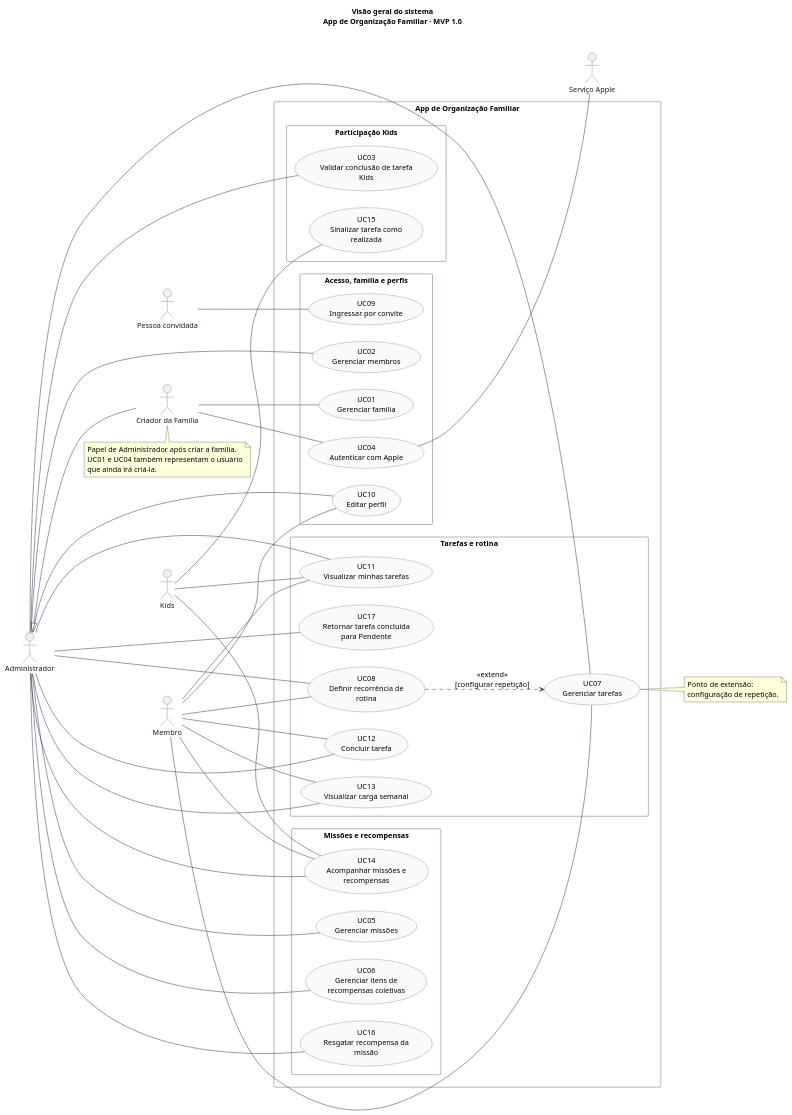
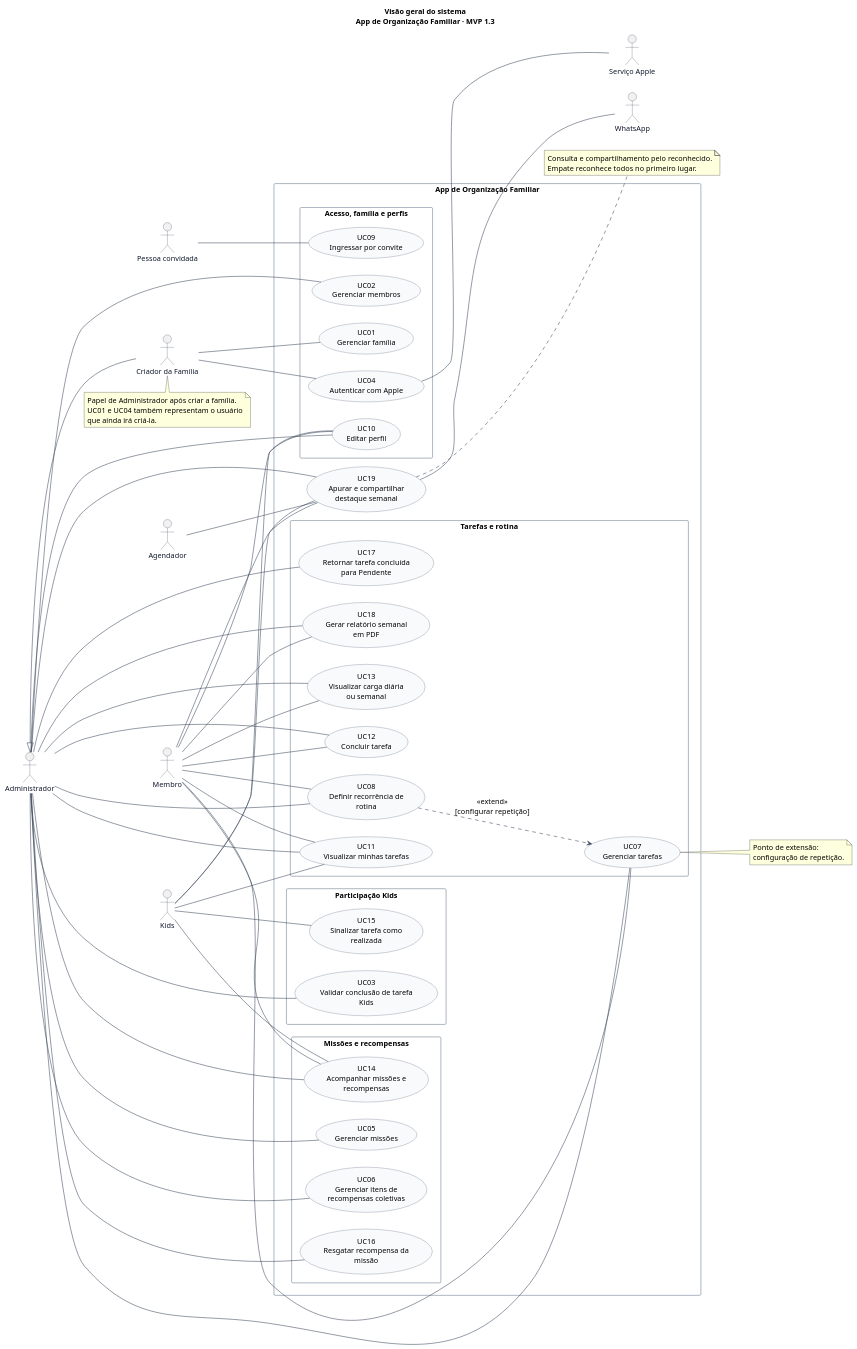
Before and after one commit to lizandramalta/App-Rotina-Familiar: the diagram in docs/diagramas/casos-de-uso/01-visao-geral.puml, drawn with PlantUML. The commit also changed 21 other files, not shown here.

```diff
--- a/docs/diagramas/casos-de-uso/01-visao-geral.puml
+++ b/docs/diagramas/casos-de-uso/01-visao-geral.puml
@@ -1,93 +1,110 @@
 @startuml
 ' Fonte editável. Renderização: java -jar plantuml.jar -charset UTF-8 -tsvg *.puml
 left to right direction
 skinparam shadowing false
 skinparam backgroundColor white
 skinparam defaultFontName SansSerif
 skinparam defaultFontSize 14
 skinparam ArrowColor #334155
 skinparam actorBorderColor #334155
 skinparam actorFontColor #0F172A
 skinparam usecaseBackgroundColor #F8FAFC
 skinparam usecaseBorderColor #475569
 skinparam rectangleBorderColor #64748B
 skinparam packageStyle rectangle
 skinparam nodesep 32
 skinparam ranksep 55
-title Visão geral do sistema\nApp de Organização Familiar · MVP 1.0
+title Visão geral do sistema\nApp de Organização Familiar · MVP 1.3
 
 actor "Administrador" as Admin
 actor "Membro" as Membro
 actor "Kids" as Kids
 actor "Criador da Família" as Criador
 actor "Pessoa convidada" as Convidado
 actor "Serviço Apple" as Apple
+actor "Agendador" as Agendador
+actor "WhatsApp" as WhatsApp
 
 rectangle "App de Organização Familiar" {
   package "Acesso, família e perfis" {
   usecase "UC01\nGerenciar família" as UC01
   usecase "UC02\nGerenciar membros" as UC02
   usecase "UC04\nAutenticar com Apple" as UC04
   usecase "UC09\nIngressar por convite" as UC09
   usecase "UC10\nEditar perfil" as UC10
   }
   package "Tarefas e rotina" {
   usecase "UC07\nGerenciar tarefas" as UC07
   usecase "UC08\nDefinir recorrência de\nrotina" as UC08
   usecase "UC11\nVisualizar minhas tarefas" as UC11
   usecase "UC12\nConcluir tarefa" as UC12
-  usecase "UC13\nVisualizar carga semanal" as UC13
+  usecase "UC13\nVisualizar carga diária\nou semanal" as UC13
+  usecase "UC18\nGerar relatório semanal\nem PDF" as UC18
   usecase "UC17\nRetornar tarefa concluída\npara Pendente" as UC17
   }
   package "Participação Kids" {
   usecase "UC15\nSinalizar tarefa como\nrealizada" as UC15
   usecase "UC03\nValidar conclusão de tarefa\nKids" as UC03
   }
+  usecase "UC19\nApurar e compartilhar\ndestaque semanal" as UC19
   package "Missões e recompensas" {
   usecase "UC05\nGerenciar missões" as UC05
   usecase "UC06\nGerenciar itens de\nrecompensas coletivas" as UC06
   usecase "UC14\nAcompanhar missões e\nrecompensas" as UC14
   usecase "UC16\nResgatar recompensa da\nmissão" as UC16
   }
 }
 
 Admin -- UC02
 Admin -- UC03
 Admin -- UC05
 Admin -- UC06
 Admin -- UC07
 Admin -- UC08
 Admin -- UC10
 Admin -- UC11
 Admin -- UC12
 Admin -- UC13
+Admin -- UC18
 Admin -- UC14
 Admin -- UC16
 Admin -- UC17
 Membro -- UC07
 Membro -- UC08
 Membro -- UC10
+Kids -- UC10
 Membro -- UC11
 Membro -- UC12
 Membro -- UC13
+Membro -- UC18
 Membro -- UC14
 Kids -- UC11
 Kids -- UC14
 Kids -- UC15
 Criador -- UC01
 Criador -- UC04
 Convidado -- UC09
 UC04 -- Apple
 Criador -up-|> Admin
 note bottom of Criador
   Papel de Administrador após criar a família.
   UC01 e UC04 também representam o usuário
   que ainda irá criá-la.
 end note
 UC08 ..> UC07 : <<extend>>\n[configurar repetição]
 note right of UC07
   Ponto de extensão:
   configuração de repetição.
 end note
 
+Agendador -- UC19
+Admin -- UC19
+Membro -- UC19
+Kids -- UC19
+UC19 -- WhatsApp
+note right of UC19
+  Consulta e compartilhamento pelo reconhecido.
+  Empate reconhece todos no primeiro lugar.
+end note
+
 @enduml
```
